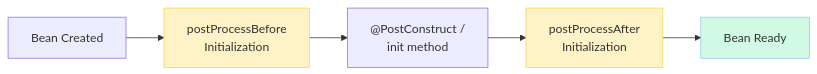
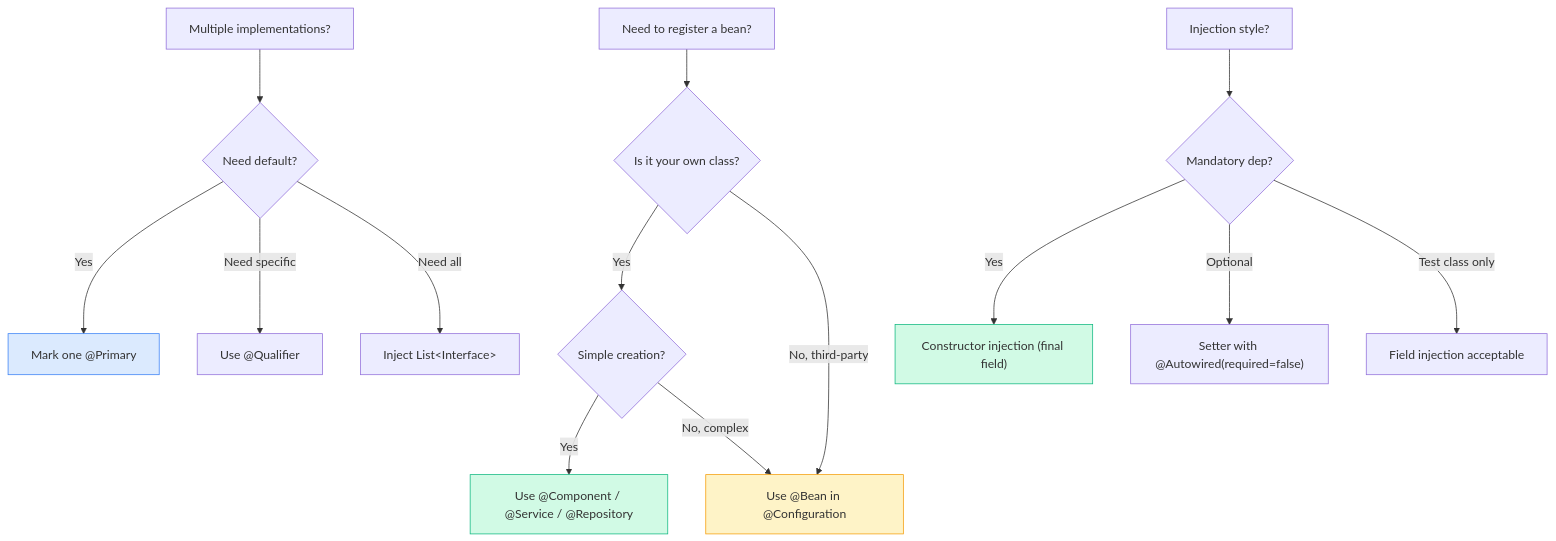
Before and after one commit to saivamsikaruturi/vamsilabs-dev-notes-main: the fourth of 4 diagrams in docs/springboot/SpringIOC.md, drawn with Mermaid. The commit also changed other lines of this file and 21 other files, not shown here.

````diff
--- a/docs/springboot/SpringIOC.md
+++ b/docs/springboot/SpringIOC.md
@@ -391,11 +963,23 @@
 ```mermaid
-flowchart LR
-    A["Bean Created"] --> B["postProcessBefore<br/>Initialization"]
-    B --> C["@PostConstruct /<br/>init method"]
-    C --> D["postProcessAfter<br/>Initialization"]
-    D --> E["Bean Ready"]
+flowchart TD
+    A["Need to register a bean?"] --> B{"Is it your own class?"}
+    B -->|Yes| C{"Simple creation?"}
+    B -->|No, third-party| D["Use @Bean in @Configuration"]
+    C -->|Yes| E["Use @Component / @Service / @Repository"]
+    C -->|No, complex| D
 
-    style B fill:#FEF3C7,stroke:#FCD34D
-    style D fill:#FEF3C7,stroke:#FCD34D
-    style E fill:#D1FAE5,stroke:#93C5FD
+    F["Multiple implementations?"] --> G{"Need default?"}
+    G -->|Yes| H["Mark one @Primary"]
+    G -->|Need specific| I["Use @Qualifier"]
+    G -->|Need all| J["Inject List&lt;Interface&gt;"]
+
+    K["Injection style?"] --> L{"Mandatory dep?"}
+    L -->|Yes| M["Constructor injection (final field)"]
+    L -->|Optional| N["Setter with @Autowired(required=false)"]
+    L -->|Test class only| O["Field injection acceptable"]
+
+    style D fill:#fef3c7,stroke:#f59e0b
+    style E fill:#d1fae5,stroke:#10b981
+    style M fill:#d1fae5,stroke:#10b981
+    style H fill:#dbeafe,stroke:#3b82f6
 ```
````
